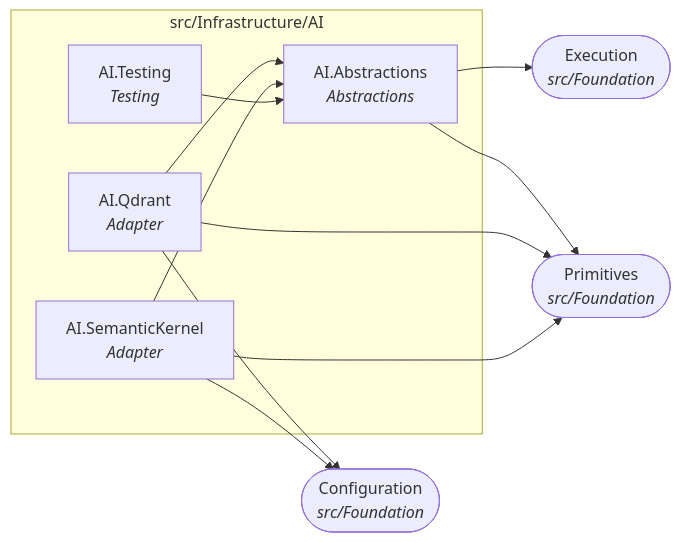
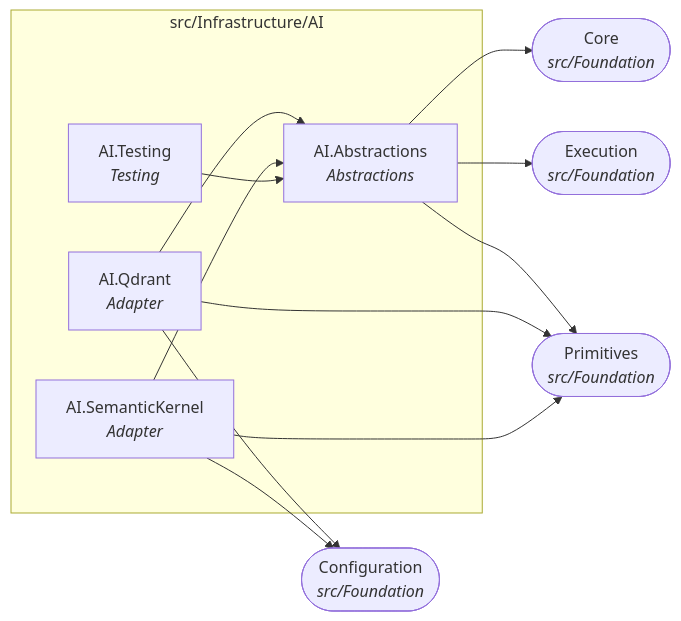
The seventh of 22 diagrams in docs/dependency-graph.md (Gresta-Vertex-Labs/platform-shared-kernel), drawn with Mermaid before and after one commit. The commit also changed other lines of this file and 1494 other files, not shown here.

````diff
--- a/docs/dependency-graph.md
+++ b/docs/dependency-graph.md
@@ -292,21 +297,23 @@
 ```mermaid
 flowchart LR
   subgraph folder_src_Infrastructure_AI["src/Infrastructure/AI"]
     SharedKernel_AI_Abstractions["AI.Abstractions<br/><i>Abstractions</i>"]
     SharedKernel_AI_Qdrant["AI.Qdrant<br/><i>Adapter</i>"]
     SharedKernel_AI_SemanticKernel["AI.SemanticKernel<br/><i>Adapter</i>"]
     SharedKernel_AI_Testing["AI.Testing<br/><i>Testing</i>"]
   end
   SharedKernel_Configuration(["Configuration<br/><i>src/Foundation</i>"])
+  SharedKernel_Core(["Core<br/><i>src/Foundation</i>"])
   SharedKernel_Execution(["Execution<br/><i>src/Foundation</i>"])
   SharedKernel_Primitives(["Primitives<br/><i>src/Foundation</i>"])
+  SharedKernel_AI_Abstractions --> SharedKernel_Core
   SharedKernel_AI_Abstractions --> SharedKernel_Execution
   SharedKernel_AI_Abstractions --> SharedKernel_Primitives
   SharedKernel_AI_Qdrant --> SharedKernel_AI_Abstractions
   SharedKernel_AI_Qdrant --> SharedKernel_Configuration
   SharedKernel_AI_Qdrant --> SharedKernel_Primitives
   SharedKernel_AI_SemanticKernel --> SharedKernel_AI_Abstractions
   SharedKernel_AI_SemanticKernel --> SharedKernel_Configuration
   SharedKernel_AI_SemanticKernel --> SharedKernel_Primitives
   SharedKernel_AI_Testing --> SharedKernel_AI_Abstractions
 ```
````
